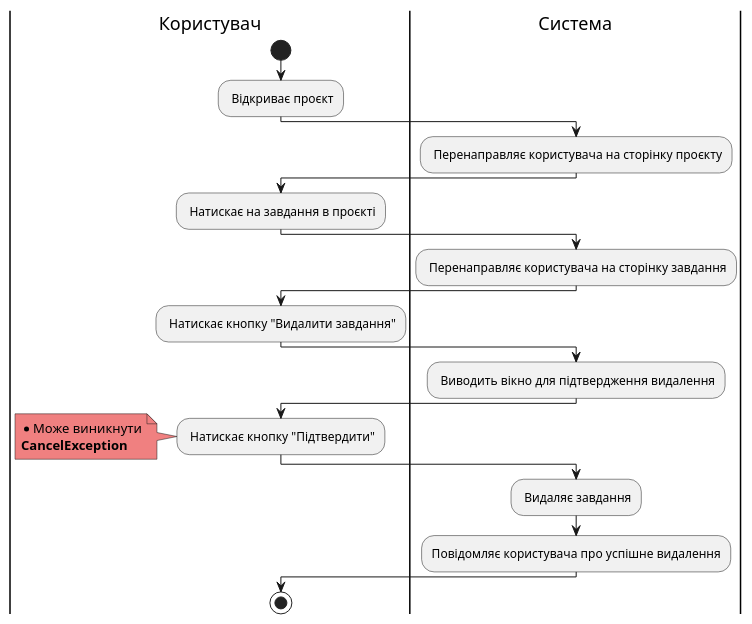
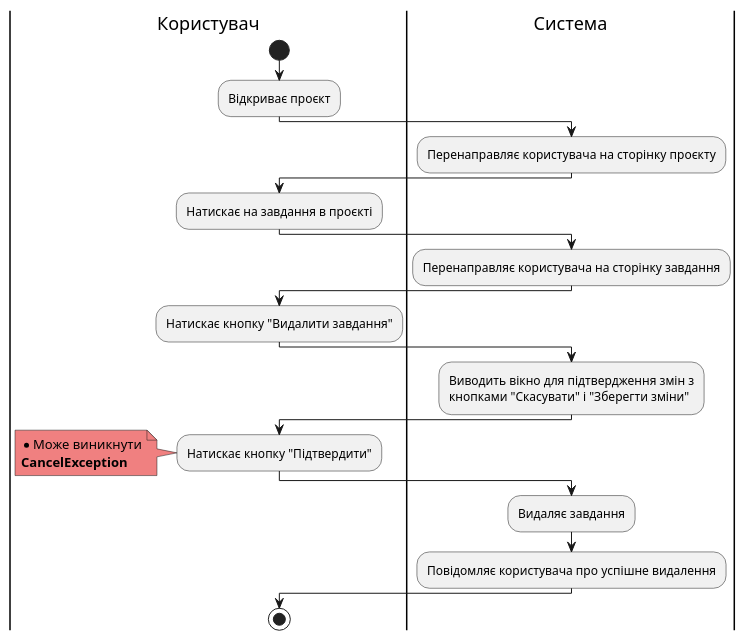
One commit to samoilenkomariia/db-coursework changed diagram 13 of 19 in docs/use cases/README.md. Above: the diagram before and after it, drawn with PlantUML. The commit also changed other lines of this file, not shown here.

Commit message:
editet all activity diagrams README.md

```diff
--- a/docs/use cases/README.md
+++ b/docs/use cases/README.md
@@ -391,36 +554,36 @@
 @startuml
 
     |Користувач|
     start;
-    : Відкриває проєкт;
+    :Відкриває проєкт;
         
     |Система|
-    : Перенаправляє користувача на сторінку проєкту;
+    :Перенаправляє користувача на сторінку проєкту;
     
     |Користувач|
-    : Натискає на завдання в проєкті;
+    :Натискає на завдання в проєкті;
 
     |Система|
-    : Перенаправляє користувача на сторінку завдання;
+    :Перенаправляє користувача на сторінку завдання;
     
     |Користувач|
-    : Натискає кнопку "Видалити завдання";
+    :Натискає кнопку "Видалити завдання";
 
     |Система|
-    : Виводить вікно для підтвердження видалення;
+    :Виводить вікно для підтвердження змін з\nкнопками "Скасувати" і "Зберегти зміни";
 
     |Користувач|
-    : Натискає кнопку "Підтвердити";
+    :Натискає кнопку "Підтвердити";
     
     note left #lightcoral
         * Може виникнути
         <b>CancelException</b>
     end note
     
     |Система|
-    : Видаляє завдання;
+    :Видаляє завдання;
     :Повідомляє користувача про успішне видалення;
     
     |Користувач|
         stop;
 @enduml
```
